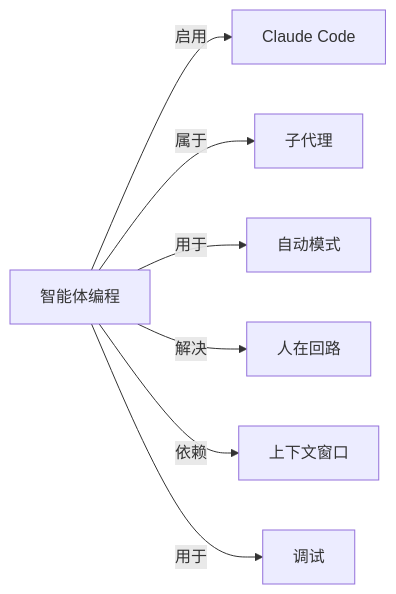
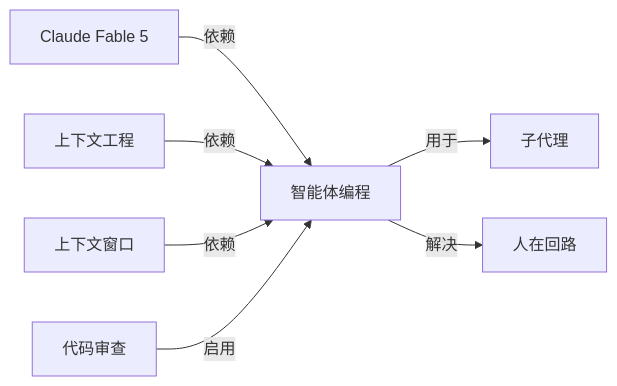
Before and after one commit to yibie/claude-best-practices-zh: the diagram in wiki/智能体编程.md, drawn with Mermaid. The commit also changed other lines of this file and 407 other files, not shown here.

Commit message:
feat: DeepSeek 三遍审校（译文/关系/图谱）+ 可部署静态站点

````diff
--- a/wiki/智能体编程.md
+++ b/wiki/智能体编程.md
@@ -48,10 +51,10 @@
 ```mermaid
 graph LR
   C["智能体编程"]
-  C -->|启用| N0["Claude Code"]
-  C -->|属于| N1["子代理"]
-  C -->|用于| N2["自动模式"]
-  C -->|解决| N3["人在回路"]
-  C -->|依赖| N4["上下文窗口"]
-  C -->|用于| N5["调试"]
+  C -->|用于| N0["子代理"]
+  N1["Claude Fable 5"] -->|依赖| C
+  N2["上下文工程"] -->|依赖| C
+  N3["上下文窗口"] -->|依赖| C
+  C -->|解决| N4["人在回路"]
+  N5["代码审查"] -->|启用| C
 ```
````
